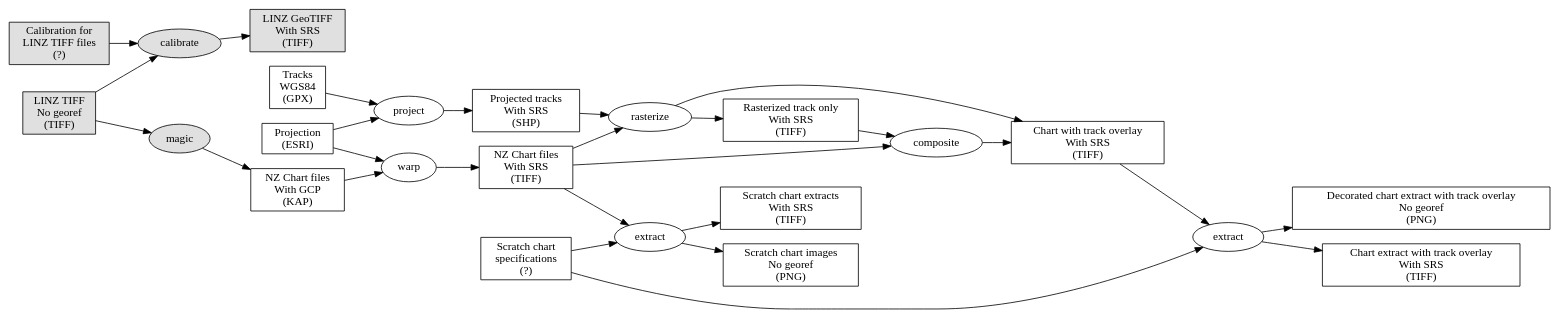
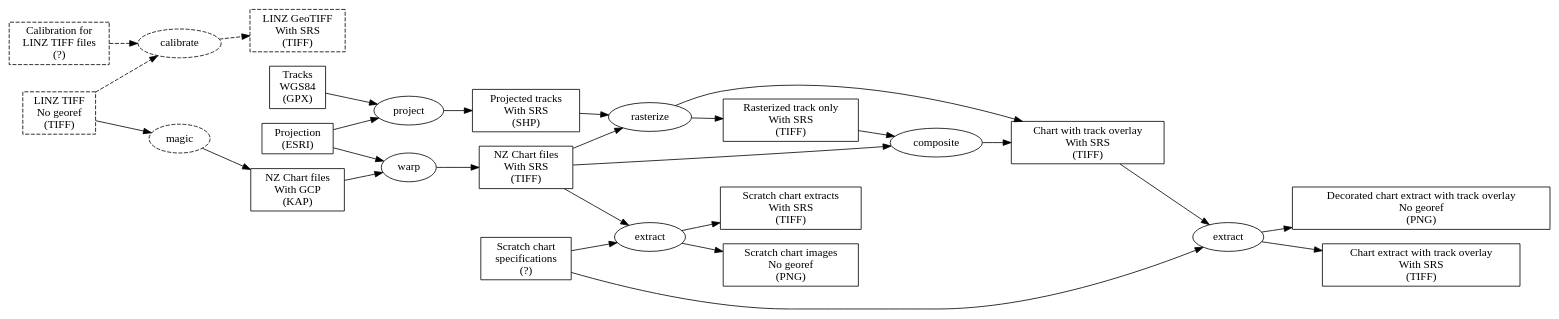
One commit to ironss/scratch_charts changed the diagram in doc/flow.dot. Above: the diagram before and after it, drawn with Graphviz.

Commit message:
Used dashed rather than grey to indicate irrelevant stages.

```diff
--- a/doc/flow.dot
+++ b/doc/flow.dot
@@ -1,67 +1,67 @@
 digraph
 {
    rankdir=LR
 
    {
       node [ shape=box ]
-      LINZ_tif         [ label="LINZ TIFF\nNo georef\n(TIFF)", style=filled, fillcolor="#E0E0E0" ]
-      LINZ_GTiff       [ label="LINZ GeoTIFF\nWith SRS\n(TIFF)", style=filled, fillcolor="#E0E0E0" ]
-      LINZ_cal         [ label="Calibration for\nLINZ TIFF files\n(?)", style=filled, fillcolor="#E0E0E0" ]
+      LINZ_tif         [ label="LINZ TIFF\nNo georef\n(TIFF)", style=dashed ]
+      LINZ_GTiff       [ label="LINZ GeoTIFF\nWith SRS\n(TIFF)", style=dashed ]
+      LINZ_cal         [ label="Calibration for\nLINZ TIFF files\n(?)", style=dashed ]
       NZ_chart_kap     [ label="NZ Chart files\nWith GCP\n(KAP)" ]
       NZ_chart_tiff    [ label="NZ Chart files\nWith SRS\n(TIFF)" ]
       scratch_spec     [ label="Scratch chart\nspecifications\n(?)" ]
       track_gpx        [ label="Tracks\nWGS84\n(GPX)" ]
       track_shp        [ label="Projected tracks\nWith SRS\n(SHP)" ]
       projection       [ label="Projection\n(ESRI)" ]
       scratch_png      [ label="Scratch chart images\nNo georef\n(PNG)" ]
       scratch_tiff     [ label="Scratch chart extracts\nWith SRS\n(TIFF)" ]
       track_overlay       [ label="Rasterized track only\nWith SRS\n(TIFF)" ]
       chart_with_overlay  [ label="Chart with track overlay\nWith SRS\n(TIFF)" ]
       scratch_with_overlay_png  [ label="Decorated chart extract with track overlay\nNo georef\n(PNG)" ]
       scratch_with_overlay_tiff [ label="Chart extract with track overlay\nWith SRS\n(TIFF)" ]
    }
    
-   calibrate [ style=filled, fillcolor="#E0E0E0" ]
-   magic [ style=filled, fillcolor="#E0E0E0" ]
+   calibrate [ style=dashed ]
+   magic [ style=dashed ]
    extract1 [ label="extract" ]
       
-   LINZ_tif -> calibrate
-   LINZ_cal -> calibrate
-   calibrate -> LINZ_GTiff
+   LINZ_tif -> calibrate [ style=dashed ]
+   LINZ_cal -> calibrate [ style=dashed ]
+   calibrate -> LINZ_GTiff [ style=dashed ]
 
    LINZ_tif -> magic
    magic -> NZ_chart_kap
    
    NZ_chart_kap -> warp
    projection -> warp
    warp -> NZ_chart_tiff
    
    NZ_chart_tiff -> extract
    scratch_spec -> extract
    extract -> scratch_png
    extract -> scratch_tiff
    
    track_gpx -> project
    projection -> project
    project -> track_shp
    
    track_shp -> rasterize
    NZ_chart_tiff -> rasterize
    rasterize -> chart_with_overlay
    rasterize -> track_overlay
    
 #   track_shp -> summarize
 #   scratch_spec -> summarize
 #   NZ_chart_tiff -> summarize
 #   summarize -> small_chart_with_track_png
 
    NZ_chart_tiff -> composite
    track_overlay -> composite
    composite -> chart_with_overlay
    
    scratch_spec -> extract1
    chart_with_overlay -> extract1
    extract1 -> scratch_with_overlay_tiff
    extract1 -> scratch_with_overlay_png
    
 }
```
